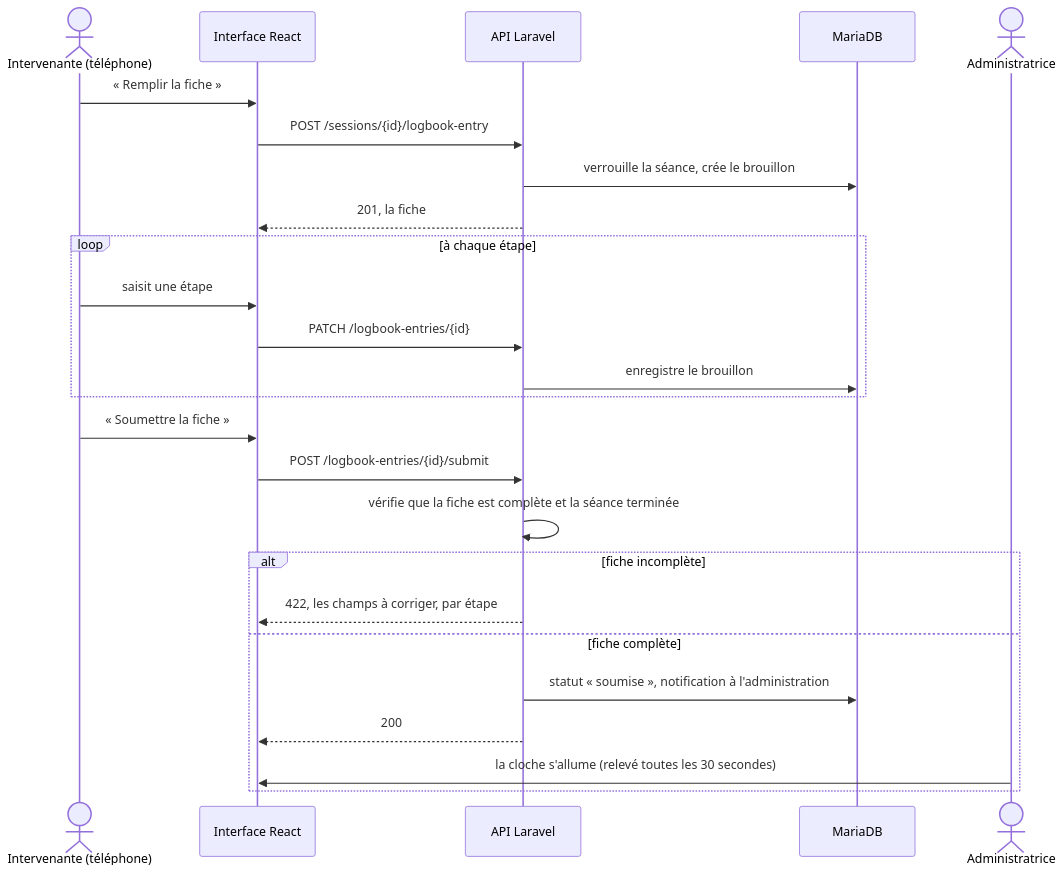
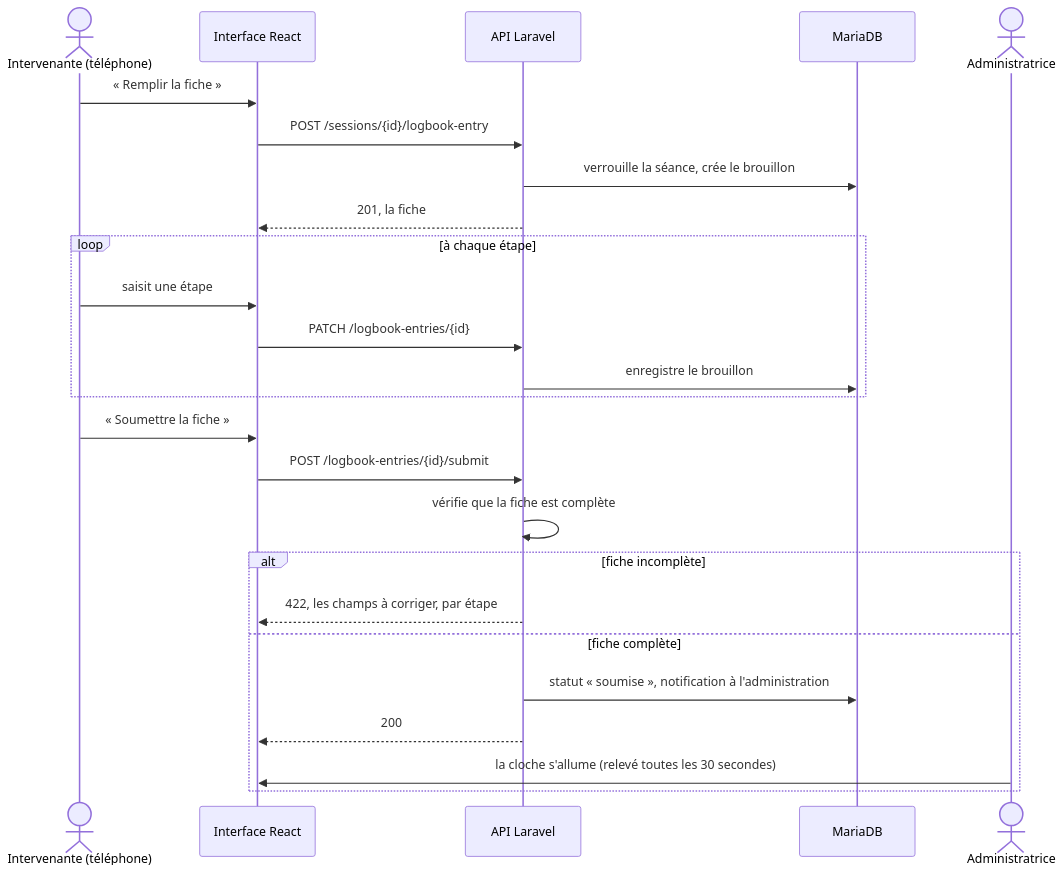
One commit to EnzoBagnis/KLAP changed the fourth of 5 diagrams in docs/CONCEPTION.md. Above: the diagram before and after it, drawn with Mermaid. The commit also changed other lines of this file, not shown here.

Commit message:
docs: états de la fiche alignés sur le code

````diff
--- a/docs/CONCEPTION.md
+++ b/docs/CONCEPTION.md
@@ -95,28 +102,28 @@
 ```mermaid
 sequenceDiagram
     actor Léa as Intervenante (téléphone)
     participant Front as Interface React
     participant API as API Laravel
     participant Base as MariaDB
     actor Mariette as Administratrice
 
     Léa->>Front: « Remplir la fiche »
     Front->>API: POST /sessions/{id}/logbook-entry
     API->>Base: verrouille la séance, crée le brouillon
     API-->>Front: 201, la fiche
     loop à chaque étape
         Léa->>Front: saisit une étape
         Front->>API: PATCH /logbook-entries/{id}
         API->>Base: enregistre le brouillon
     end
     Léa->>Front: « Soumettre la fiche »
     Front->>API: POST /logbook-entries/{id}/submit
-    API->>API: vérifie que la fiche est complète et la séance terminée
+    API->>API: vérifie que la fiche est complète
     alt fiche incomplète
         API-->>Front: 422, les champs à corriger, par étape
     else fiche complète
         API->>Base: statut « soumise », notification à l'administration
         API-->>Front: 200
         Mariette->>Front: la cloche s'allume (relevé toutes les 30 secondes)
     end
 ```
````
